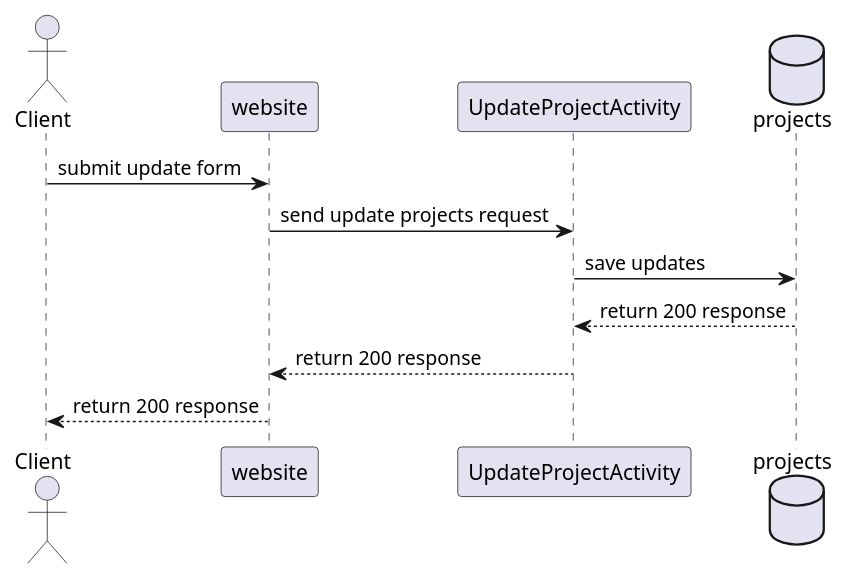
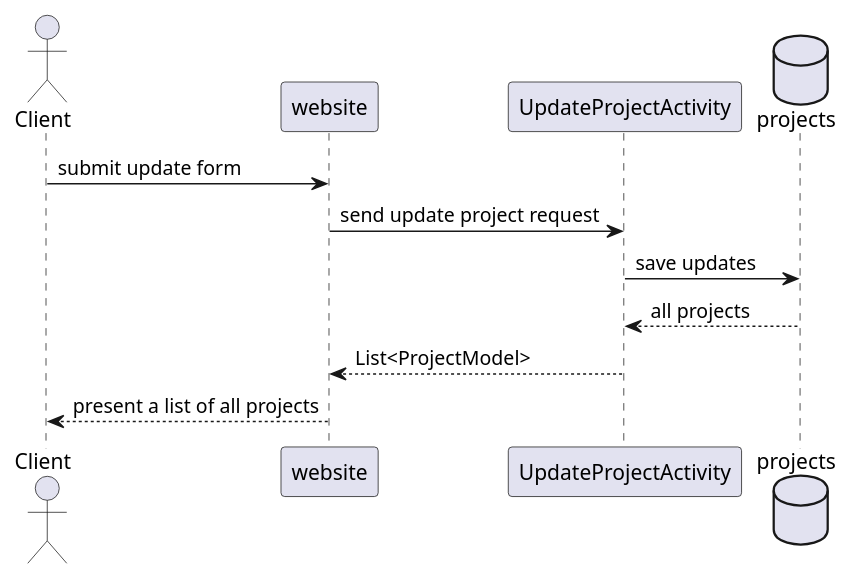
One commit to BloomTechBackend/bd-team-project-miguelfr changed the diagram in project_documents/UML diagrams/updateProjectSD.puml. Above: the diagram before and after it, drawn with PlantUML. The commit also changed 6 other files, not shown here.

Commit message:
Updateing the diagrams

```diff
--- a/project_documents/UML diagrams/updateProjectSD.puml
+++ b/project_documents/UML diagrams/updateProjectSD.puml
@@ -1,13 +1,13 @@
 @startuml
 actor Client
 participant website
 participant UpdateProjectActivity
 database projects
 
 Client -> website: submit update form
-website -> UpdateProjectActivity: send update projects request
+website -> UpdateProjectActivity: send update project request
 UpdateProjectActivity -> projects: save updates
-UpdateProjectActivity <-- projects: return 200 response
-website <-- UpdateProjectActivity: return 200 response
-Client <-- website: return 200 response
+UpdateProjectActivity <-- projects: all projects
+website <-- UpdateProjectActivity: List<ProjectModel>
+Client <-- website: present a list of all projects
 @enduml
```
